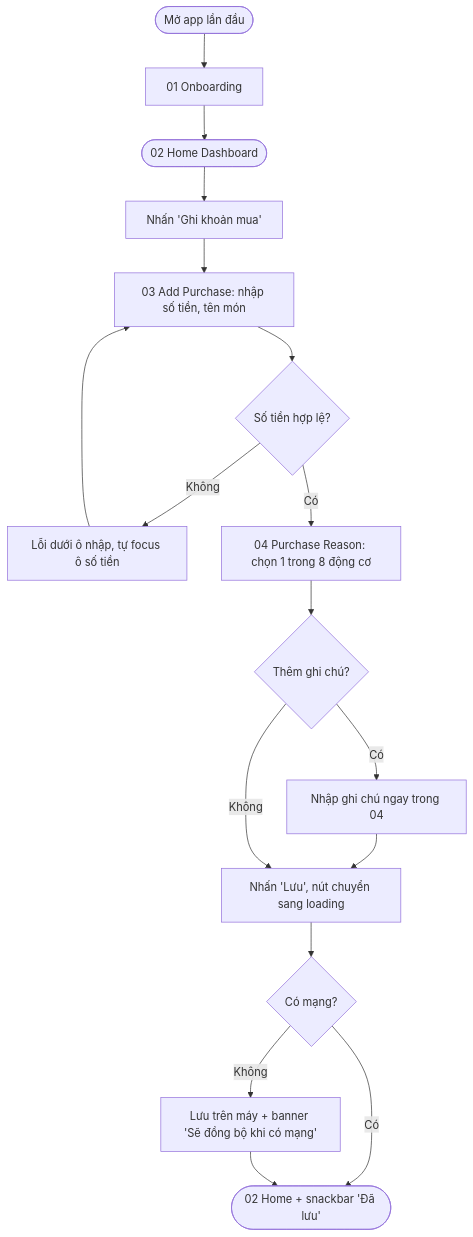
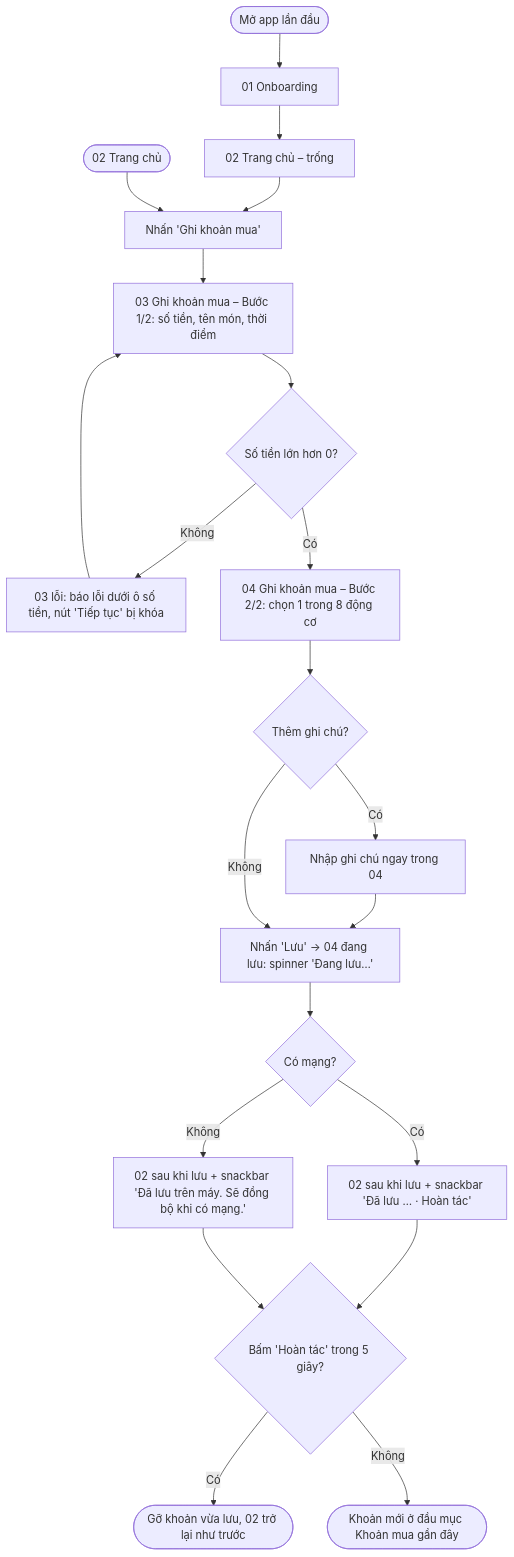
Before and after one commit to hoanghuan2005/prm393_lab02: the second of 4 diagrams in ux/user-flow.md, drawn with Mermaid. The commit also changed other lines of this file and 3 other files, not shown here.

````diff
--- a/ux/user-flow.md
+++ b/ux/user-flow.md
@@ -52,15 +52,20 @@
 ```mermaid
 flowchart TD
-    First([Mở app lần đầu]) --> S01[01 Onboarding] --> Start
-    Start([02 Home Dashboard]) --> Add[Nhấn 'Ghi khoản mua']
-    Add --> S03[03 Add Purchase: nhập số tiền, tên món]
-    S03 --> Valid{Số tiền hợp lệ?}
-    Valid -->|Không| Err[Lỗi dưới ô nhập, tự focus ô số tiền] --> S03
-    Valid -->|Có| S04[04 Purchase Reason: chọn 1 trong 8 động cơ]
+    First([Mở app lần đầu]) --> S01[01 Onboarding] --> Empty[02 Trang chủ – trống]
+    Empty --> Add
+    Start([02 Trang chủ]) --> Add[Nhấn 'Ghi khoản mua']
+    Add --> S03[03 Ghi khoản mua – Bước 1/2: số tiền, tên món, thời điểm]
+    S03 --> Valid{Số tiền lớn hơn 0?}
+    Valid -->|Không| Err[03 lỗi: báo lỗi dưới ô số tiền, nút 'Tiếp tục' bị khóa] --> S03
+    Valid -->|Có| S04[04 Ghi khoản mua – Bước 2/2: chọn 1 trong 8 động cơ]
     S04 --> Note{Thêm ghi chú?}
     Note -->|Có| Write[Nhập ghi chú ngay trong 04] --> Save
-    Note -->|Không| Save[Nhấn 'Lưu', nút chuyển sang loading]
+    Note -->|Không| Save[Nhấn 'Lưu' → 04 đang lưu: spinner 'Đang lưu…']
     Save --> Net{Có mạng?}
-    Net -->|Có| Done([02 Home + snackbar 'Đã lưu'])
-    Net -->|Không| Offline[Lưu trên máy + banner 'Sẽ đồng bộ khi có mạng'] --> Done
+    Net -->|Có| Done[02 sau khi lưu + snackbar 'Đã lưu … · Hoàn tác']
+    Net -->|Không| Offline[02 sau khi lưu + snackbar 'Đã lưu trên máy. Sẽ đồng bộ khi có mạng.']
+    Done --> Undo{Bấm 'Hoàn tác' trong 5 giây?}
+    Offline --> Undo
+    Undo -->|Có| Back([Gỡ khoản vừa lưu, 02 trở lại như trước])
+    Undo -->|Không| End([Khoản mới ở đầu mục Khoản mua gần đây])
 ```
````
